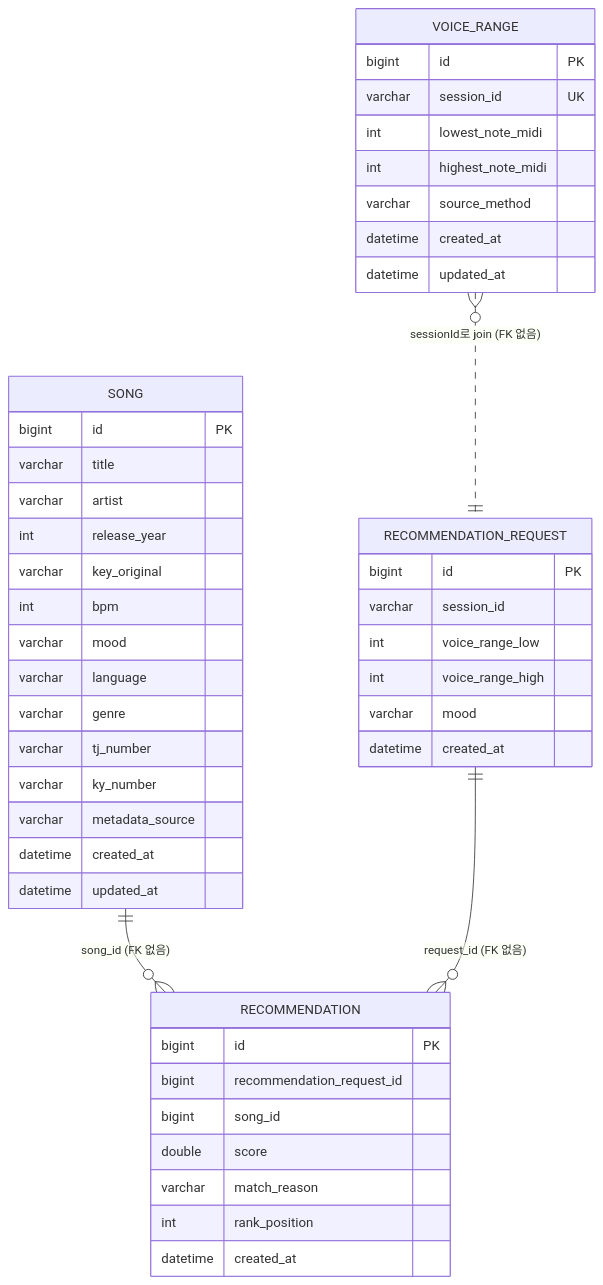
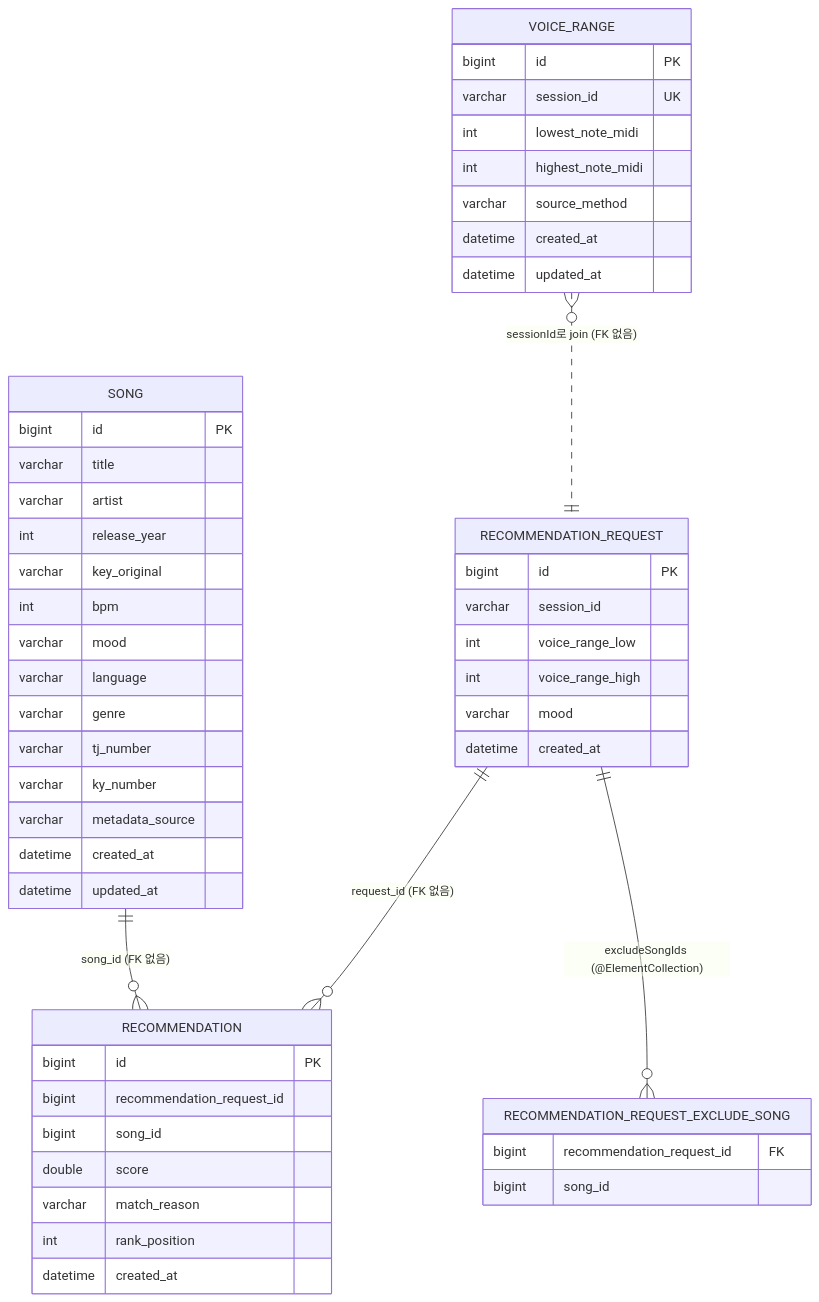
Before and after one commit to goohong/mobruji: the diagram in docs/ai-harness/06-domain-model.md, drawn with Mermaid. The commit also changed other lines of this file and 5 other files, not shown here.

First line of the commit message:
feat(recommendation): RecommendationRequest excludeSongIds 컬럼 영속화

````diff
--- a/docs/ai-harness/06-domain-model.md
+++ b/docs/ai-harness/06-domain-model.md
@@ -106,52 +107,58 @@
 ```mermaid
 erDiagram
     VOICE_RANGE {
         bigint id PK
         varchar session_id UK
         int lowest_note_midi
         int highest_note_midi
         varchar source_method
         datetime created_at
         datetime updated_at
     }
 
     SONG {
         bigint id PK
         varchar title
         varchar artist
         int release_year
         varchar key_original
         int bpm
         varchar mood
         varchar language
         varchar genre
         varchar tj_number
         varchar ky_number
         varchar metadata_source
         datetime created_at
         datetime updated_at
     }
 
     RECOMMENDATION_REQUEST {
         bigint id PK
         varchar session_id
         int voice_range_low
         int voice_range_high
         varchar mood
         datetime created_at
     }
 
     RECOMMENDATION {
         bigint id PK
         bigint recommendation_request_id
         bigint song_id
         double score
         varchar match_reason
         int rank_position
         datetime created_at
     }
 
+    RECOMMENDATION_REQUEST_EXCLUDE_SONG {
+        bigint recommendation_request_id FK
+        bigint song_id
+    }
+
     SONG ||--o{ RECOMMENDATION : "song_id (FK 없음)"
     RECOMMENDATION_REQUEST ||--o{ RECOMMENDATION : "request_id (FK 없음)"
+    RECOMMENDATION_REQUEST ||--o{ RECOMMENDATION_REQUEST_EXCLUDE_SONG : "excludeSongIds (@ElementCollection)"
     VOICE_RANGE }o..|| RECOMMENDATION_REQUEST : "sessionId로 join (FK 없음)"
 ```
````
